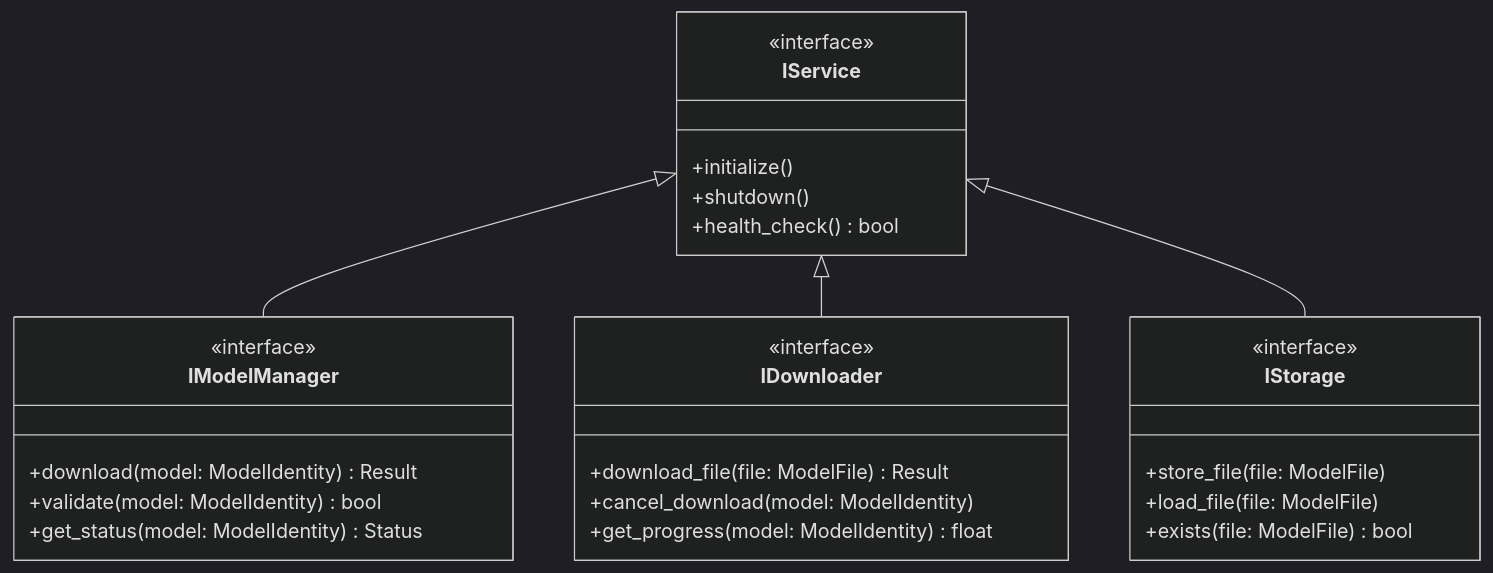
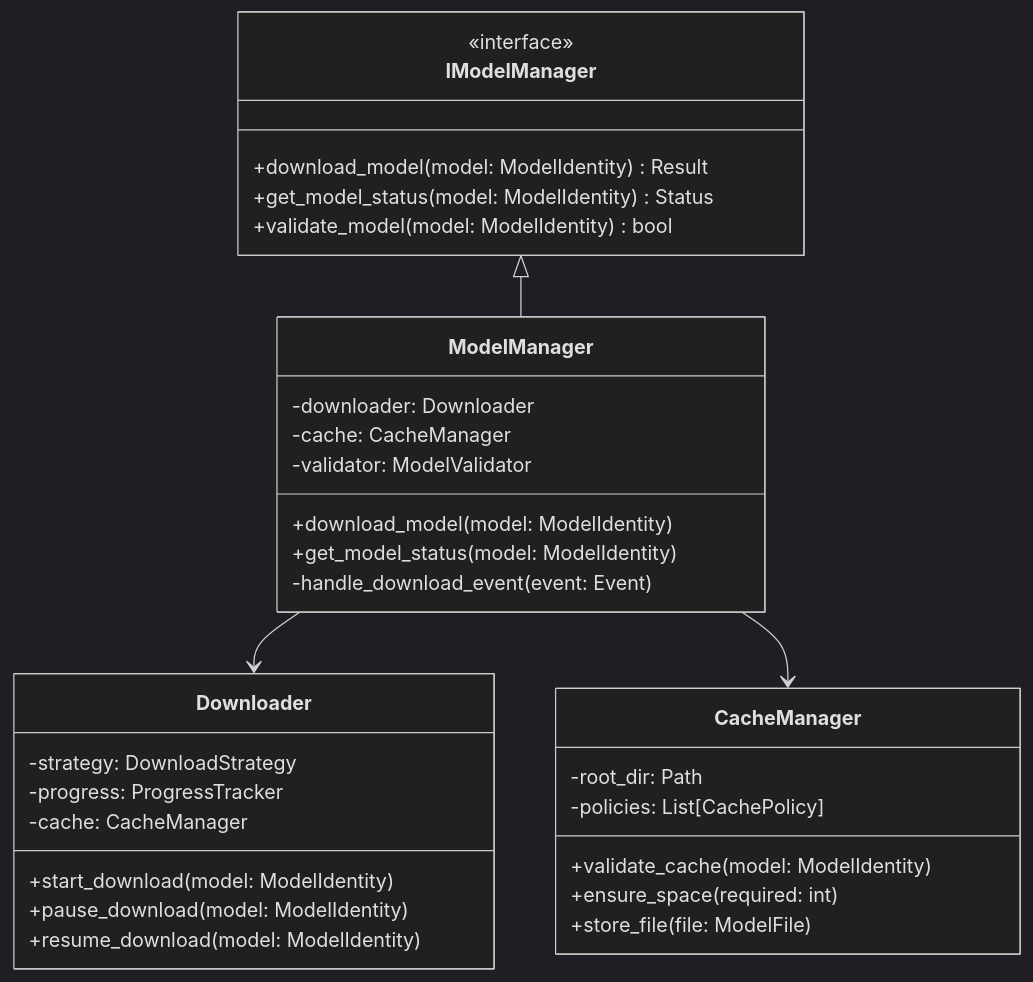
The second of 5 diagrams in services/ai/llm-service/docs/architecture/classes/model_manager.md (zhifengzhang-sz/qi-v2-dp), drawn with Mermaid (dark theme) before and after one commit. The commit also changed other lines of this file and 50 other files, not shown here.

````diff
--- a/services/ai/llm-service/docs/architecture/classes/model_manager.md
+++ b/services/ai/llm-service/docs/architecture/classes/model_manager.md
@@ -35,34 +47,39 @@
 ```mermaid
 classDiagram
-    class IService {
+    class IModelManager {
         <<interface>>
-        +initialize()
-        +shutdown()
-        +health_check() bool
+        +download_model(model: ModelIdentity) Result
+        +get_model_status(model: ModelIdentity) Status
+        +validate_model(model: ModelIdentity) bool
     }
 
-    class IModelManager {
-        <<interface>>
-        +download(model: ModelIdentity) Result
-        +validate(model: ModelIdentity) bool
-        +get_status(model: ModelIdentity) Status
+    class ModelManager {
+        -downloader: Downloader
+        -cache: CacheManager
+        -validator: ModelValidator
+        +download_model(model: ModelIdentity)
+        +get_model_status(model: ModelIdentity)
+        -handle_download_event(event: Event)
     }
 
-    class IDownloader {
-        <<interface>>
-        +download_file(file: ModelFile) Result
-        +cancel_download(model: ModelIdentity)
-        +get_progress(model: ModelIdentity) float
+    class Downloader {
+        -strategy: DownloadStrategy
+        -progress: ProgressTracker
+        -cache: CacheManager
+        +start_download(model: ModelIdentity)
+        +pause_download(model: ModelIdentity)
+        +resume_download(model: ModelIdentity)
     }
 
-    class IStorage {
-        <<interface>>
+    class CacheManager {
+        -root_dir: Path
+        -policies: List[CachePolicy]
+        +validate_cache(model: ModelIdentity)
+        +ensure_space(required: int)
         +store_file(file: ModelFile)
-        +load_file(file: ModelFile)
-        +exists(file: ModelFile) bool
     }
 
-    IService <|-- IModelManager
-    IService <|-- IDownloader
-    IService <|-- IStorage
+    IModelManager <|-- ModelManager
+    ModelManager --> Downloader
+    ModelManager --> CacheManager
 ```
````
